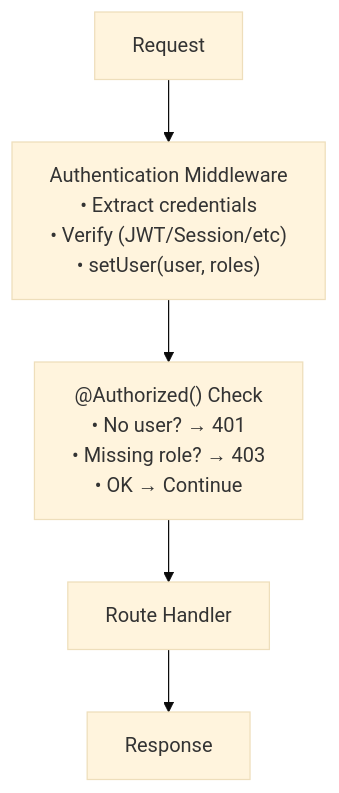
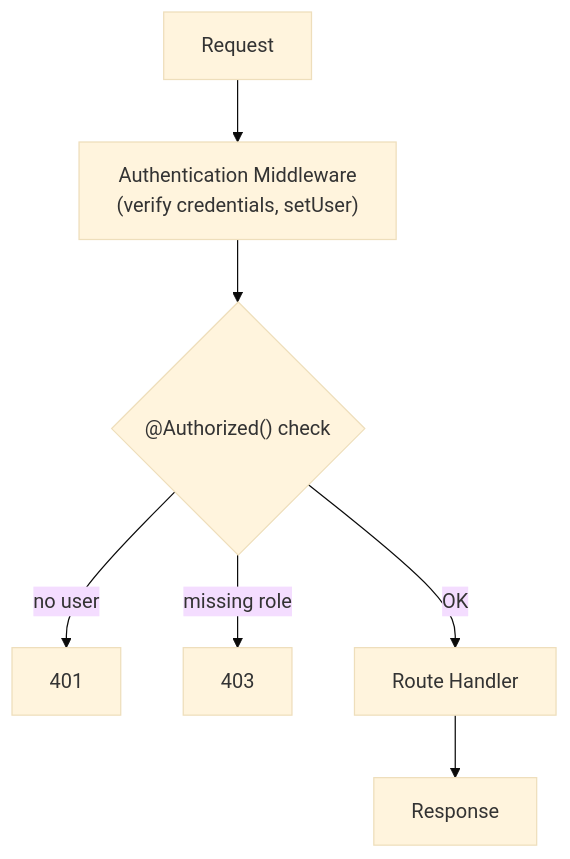
One commit to zeltjs/zelt changed the second of 2 diagrams in website/docs/authentication/overview.md. Above: the diagram before and after it, drawn with Mermaid (base theme). The commit also changed other lines of this file and 7 other files, not shown here.

First line of the commit message:
docs(website): redesign remaining diagrams for reader-facing clarity

````diff
--- a/website/docs/authentication/overview.md
+++ b/website/docs/authentication/overview.md
@@ -41,7 +41,9 @@
 ```mermaid
 flowchart TD
-  REQ["Request"] --> AM["Authentication Middleware<br/>• Extract credentials<br/>• Verify (JWT/Session/etc)<br/>• setUser(user, roles)"]
-  AM --> AC["@Authorized() Check<br/>• No user? → 401<br/>• Missing role? → 403<br/>• OK → Continue"]
-  AC --> RH["Route Handler"]
+  REQ["Request"] --> AM["Authentication Middleware<br/>(verify credentials, setUser)"]
+  AM --> AC{"@Authorized() check"}
+  AC -- "no user" --> E401["401"]
+  AC -- "missing role" --> E403["403"]
+  AC -- "OK" --> RH["Route Handler"]
   RH --> RES["Response"]
 ```
````
